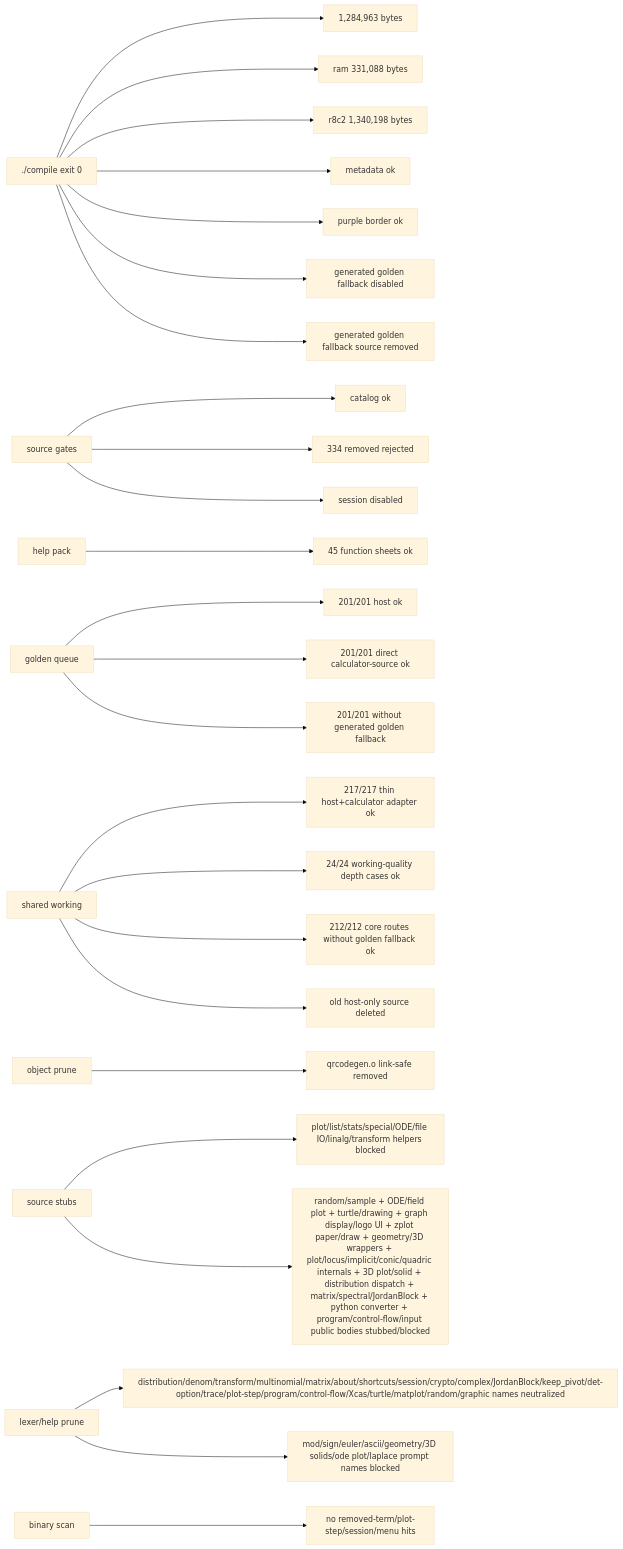
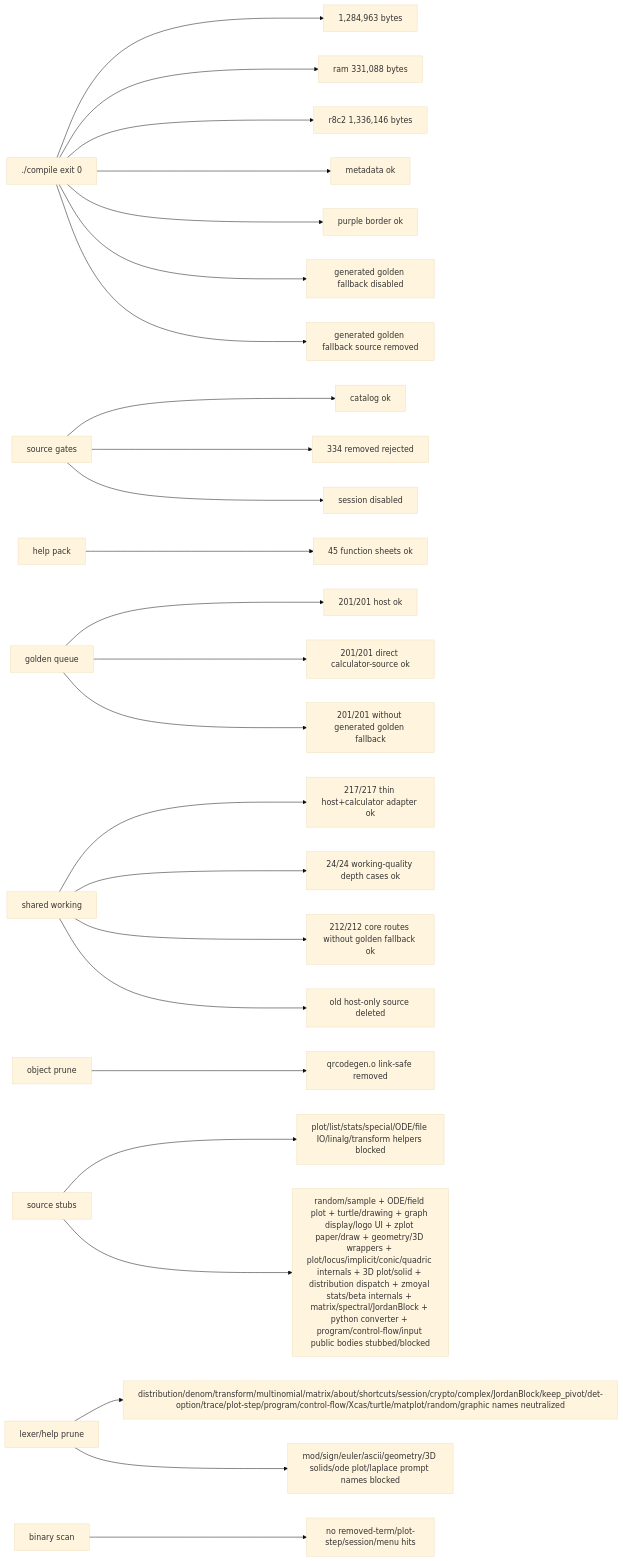
One commit to james8464/notes-addin-casio-fx-cg50 changed the seventh of 7 diagrams in docs/GRAPH.md. Above: the diagram before and after it, drawn with Mermaid (base theme). The commit also changed other lines of this file and 2 other files, not shown here.

Commit message:
prune: stub zmoyal stats internals

````diff
--- a/docs/GRAPH.md
+++ b/docs/GRAPH.md
@@ -191,27 +193,27 @@
 ```mermaid
 graph LR
   Build["./compile exit 0"] --> Size["1,284,963 bytes"]
   Build --> Ram["ram 331,088 bytes"]
-  Build --> R8C2["r8c2 1,340,198 bytes"]
+  Build --> R8C2["r8c2 1,336,146 bytes"]
   Build --> Meta["metadata ok"]
   Build --> Border["purple border ok"]
   Build --> NoRuntimeFallback["generated golden fallback disabled"]
   Build --> NoRuntimeSource["generated golden fallback source removed"]
   Source["source gates"] --> Catalog["catalog ok"]
   Source --> Removed["334 removed rejected"]
   Source --> Session["session disabled"]
   Help["help pack"] --> HelpQ["45 function sheets ok"]
   Queue["golden queue"] --> QueueRun["201/201 host ok"]
   Queue --> GoldenRun["201/201 direct calculator-source ok"]
   Queue --> NoGolden["201/201 without generated golden fallback"]
   Shared["shared working"] --> SharedRun["217/217 thin host+calculator adapter ok"]
   Shared --> WorkQ["24/24 working-quality depth cases ok"]
   Shared --> CoreRun["212/212 core routes without golden fallback ok"]
   Shared --> NoHostSrc["old host-only source deleted"]
   Obj["object prune"] --> QR["qrcodegen.o link-safe removed"]
   Macro["source stubs"] --> Stubbed["plot/list/stats/special/ODE/file IO/linalg/transform helpers blocked"]
-  Macro --> RuntimeStubbed["random/sample + ODE/field plot + turtle/drawing + graph display/logo UI + zplot paper/draw + geometry/3D wrappers + plot/locus/implicit/conic/quadric internals + 3D plot/solid + distribution dispatch + matrix/spectral/JordanBlock + python converter + program/control-flow/input public bodies stubbed/blocked"]
+  Macro --> RuntimeStubbed["random/sample + ODE/field plot + turtle/drawing + graph display/logo UI + zplot paper/draw + geometry/3D wrappers + plot/locus/implicit/conic/quadric internals + 3D plot/solid + distribution dispatch + zmoyal stats/beta internals + matrix/spectral/JordanBlock + python converter + program/control-flow/input public bodies stubbed/blocked"]
   Static["lexer/help prune"] --> StaticRun["distribution/denom/transform/multinomial/matrix/about/shortcuts/session/crypto/complex/JordanBlock/keep_pivot/det-option/trace/plot-step/program/control-flow/Xcas/turtle/matplot/random/graphic names neutralized"]
   Static --> PromptRun["mod/sign/euler/ascii/geometry/3D solids/ode plot/laplace prompt names blocked"]
   Bin["binary scan"] --> NoLeak["no removed-term/plot-step/session/menu hits"]
 ```
````
